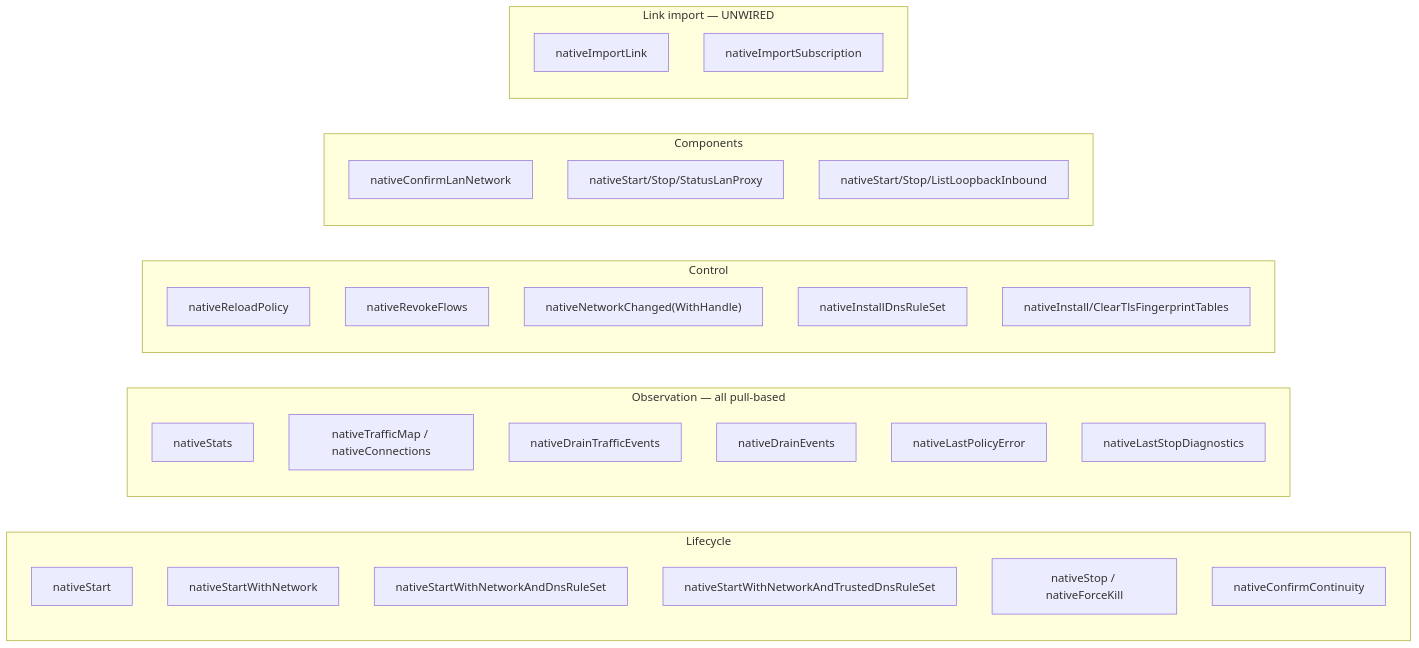
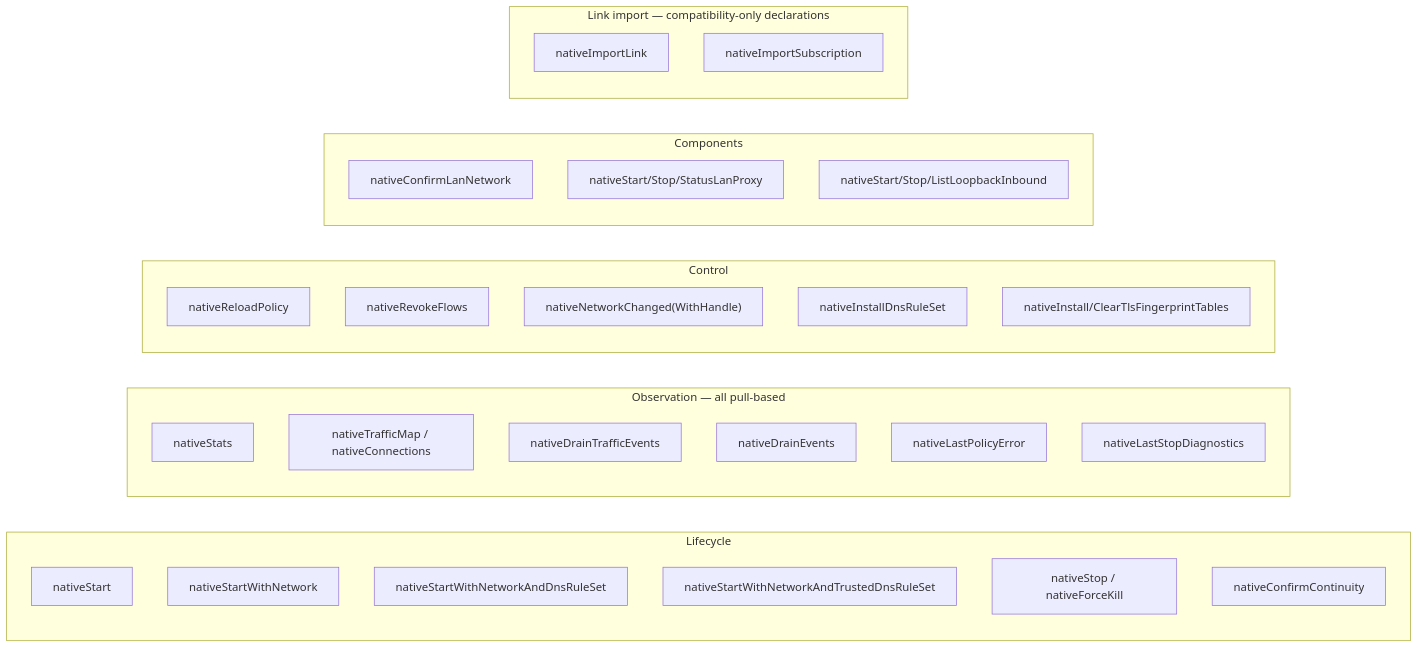
Before and after one commit to foxhole-team/foxhole-core: the fourth of 7 diagrams in docs/architecture/04-app-core-boundary.md, drawn with Mermaid. The commit also changed other lines of this file and 244 other files, not shown here.

````diff
--- a/docs/architecture/04-app-core-boundary.md
+++ b/docs/architecture/04-app-core-boundary.md
@@ -147,35 +148,35 @@
 ```mermaid
 flowchart LR
     subgraph life["Lifecycle"]
         L1["nativeStart"]
         L2["nativeStartWithNetwork"]
         L3["nativeStartWithNetworkAndDnsRuleSet"]
         L4["nativeStartWithNetworkAndTrustedDnsRuleSet"]
         L5["nativeStop / nativeForceKill"]
         L6["nativeConfirmContinuity"]
     end
     subgraph obs["Observation — all pull-based"]
         O1["nativeStats"]
         O2["nativeTrafficMap / nativeConnections"]
         O3["nativeDrainTrafficEvents"]
         O4["nativeDrainEvents"]
         O5["nativeLastPolicyError"]
         O6["nativeLastStopDiagnostics"]
     end
     subgraph ctl["Control"]
         C1["nativeReloadPolicy"]
         C2["nativeRevokeFlows"]
         C3["nativeNetworkChanged(WithHandle)"]
         C4["nativeInstallDnsRuleSet"]
         C5["nativeInstall/ClearTlsFingerprintTables"]
     end
     subgraph comp["Components"]
         P1["nativeConfirmLanNetwork"]
         P2["nativeStart/Stop/StatusLanProxy"]
         P3["nativeStart/Stop/ListLoopbackInbound"]
     end
-    subgraph imp["Link import — UNWIRED"]
+    subgraph imp["Link import — compatibility-only declarations"]
         K1["nativeImportLink"]
         K2["nativeImportSubscription"]
     end
 ```
````
